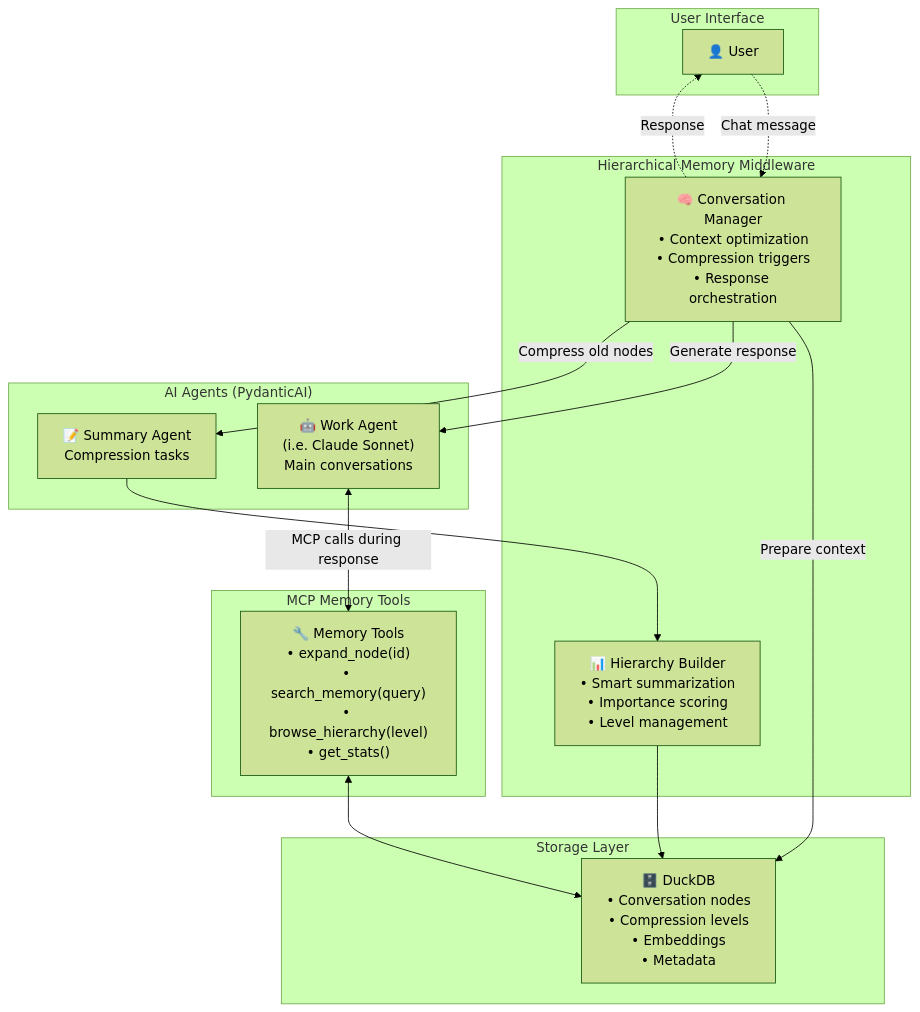
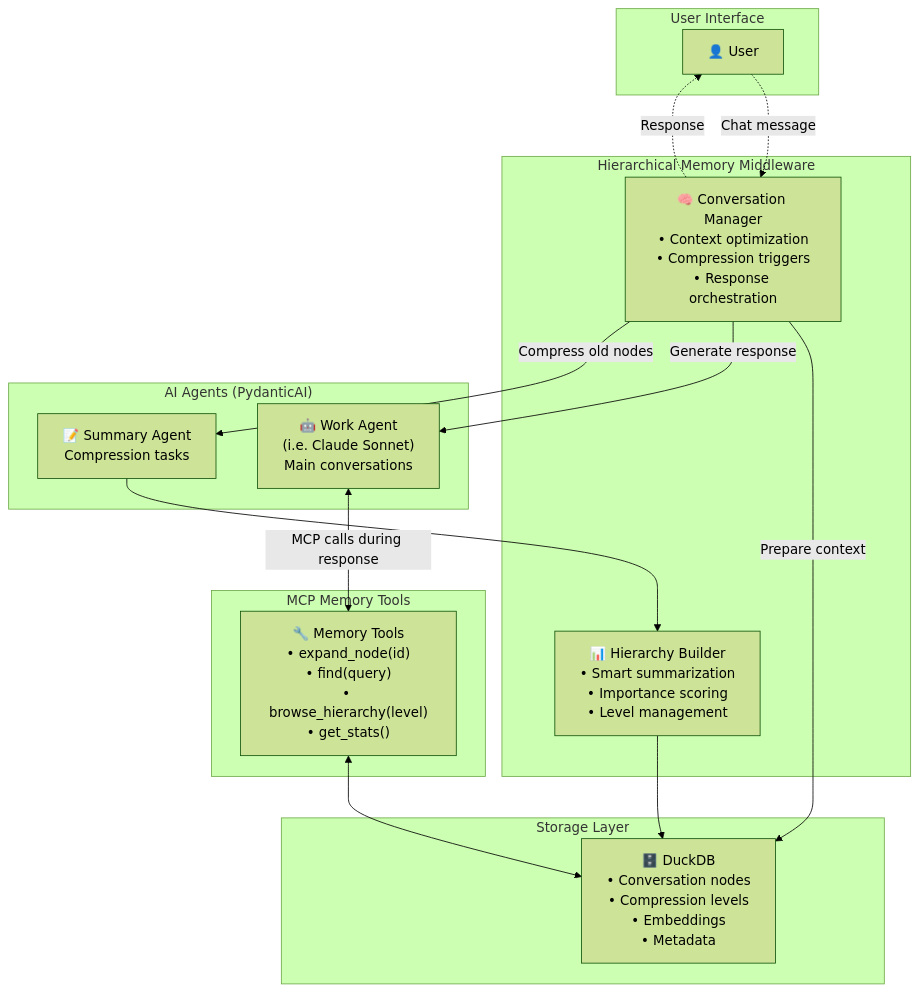
The third of 6 diagrams in diagrams.md (danielpodrazka/hierarchical-memory-middleware), drawn with Mermaid (forest theme) before and after one commit. The commit also changed 5 other files, not shown here.

````diff
--- a/diagrams.md
+++ b/diagrams.md
@@ -81,34 +81,34 @@
 ```mermaid
 graph TB
     subgraph "User Interface"
         User[👤 User]
     end
     
     subgraph "Hierarchical Memory Middleware"
         CM["🧠 Conversation Manager<br/>• Context optimization<br/>• Compression triggers<br/>• Response orchestration"]
         HB["📊 Hierarchy Builder<br/>• Smart summarization<br/>• Importance scoring<br/>• Level management"]
     end
     
     subgraph "AI Agents (PydanticAI)"
         Work["🤖 Work Agent<br/>(i.e. Claude Sonnet)<br/>Main conversations"]
         Sum["📝 Summary Agent<br/>Compression tasks"]
     end
     
     subgraph "Storage Layer"
         DB["🗄️ DuckDB<br/>• Conversation nodes<br/>• Compression levels<br/>• Embeddings<br/>• Metadata"]
     end
     
     subgraph "MCP Memory Tools"
-        MCP["🔧 Memory Tools<br/>• expand_node(id)<br/>• search_memory(query)<br/>• browse_hierarchy(level)<br/>• get_stats()"]
+        MCP["🔧 Memory Tools<br/>• expand_node(id)<br/>• find(query)<br/>• browse_hierarchy(level)<br/>• get_stats()"]
     end
     
     User -.->|"Chat message"| CM
     CM -->|"Prepare context"| DB
     CM -->|"Generate response"| Work
     Work <-->|"MCP calls during response"| MCP
     MCP <--> DB
     CM -->|"Compress old nodes"| Sum
     Sum --> HB
     HB --> DB
     CM -.->|"Response"| User
 ```
````
